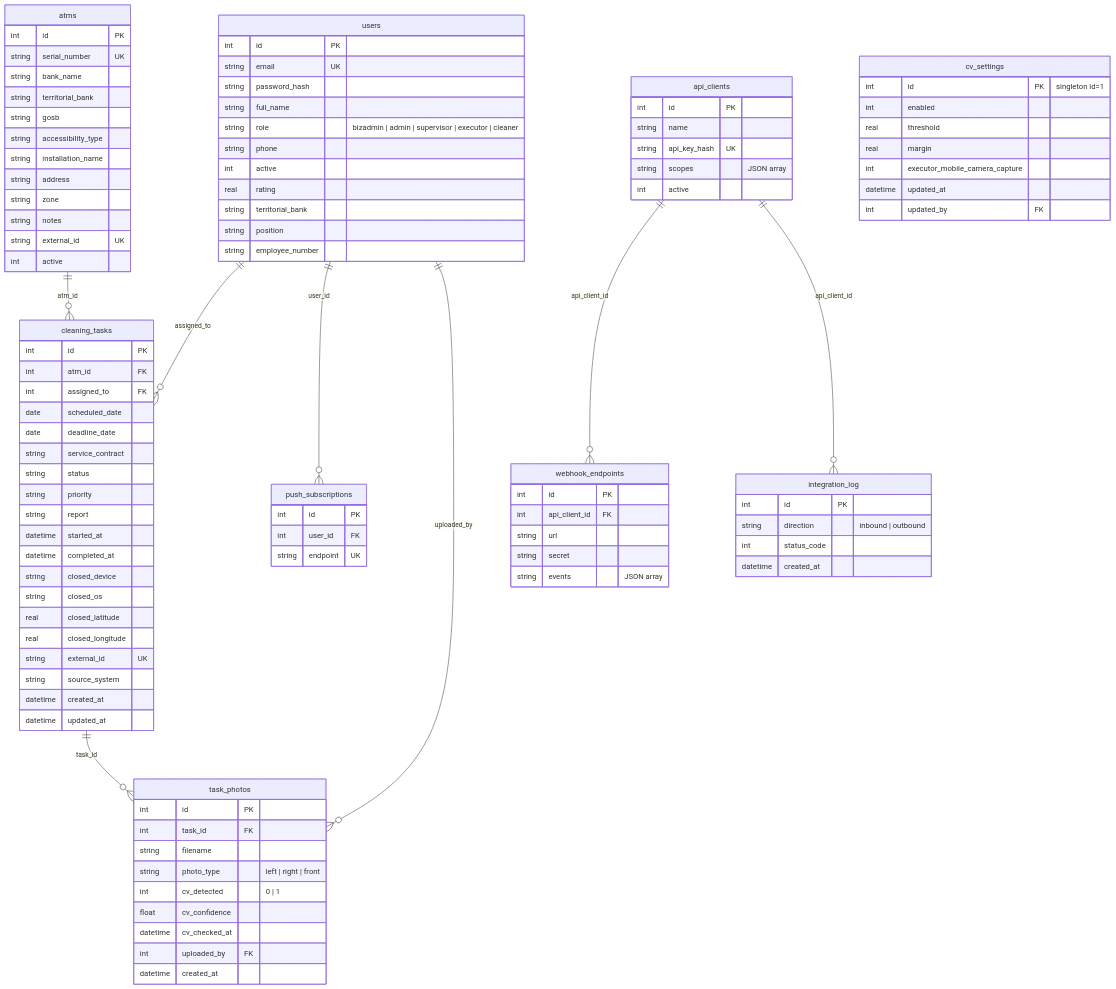
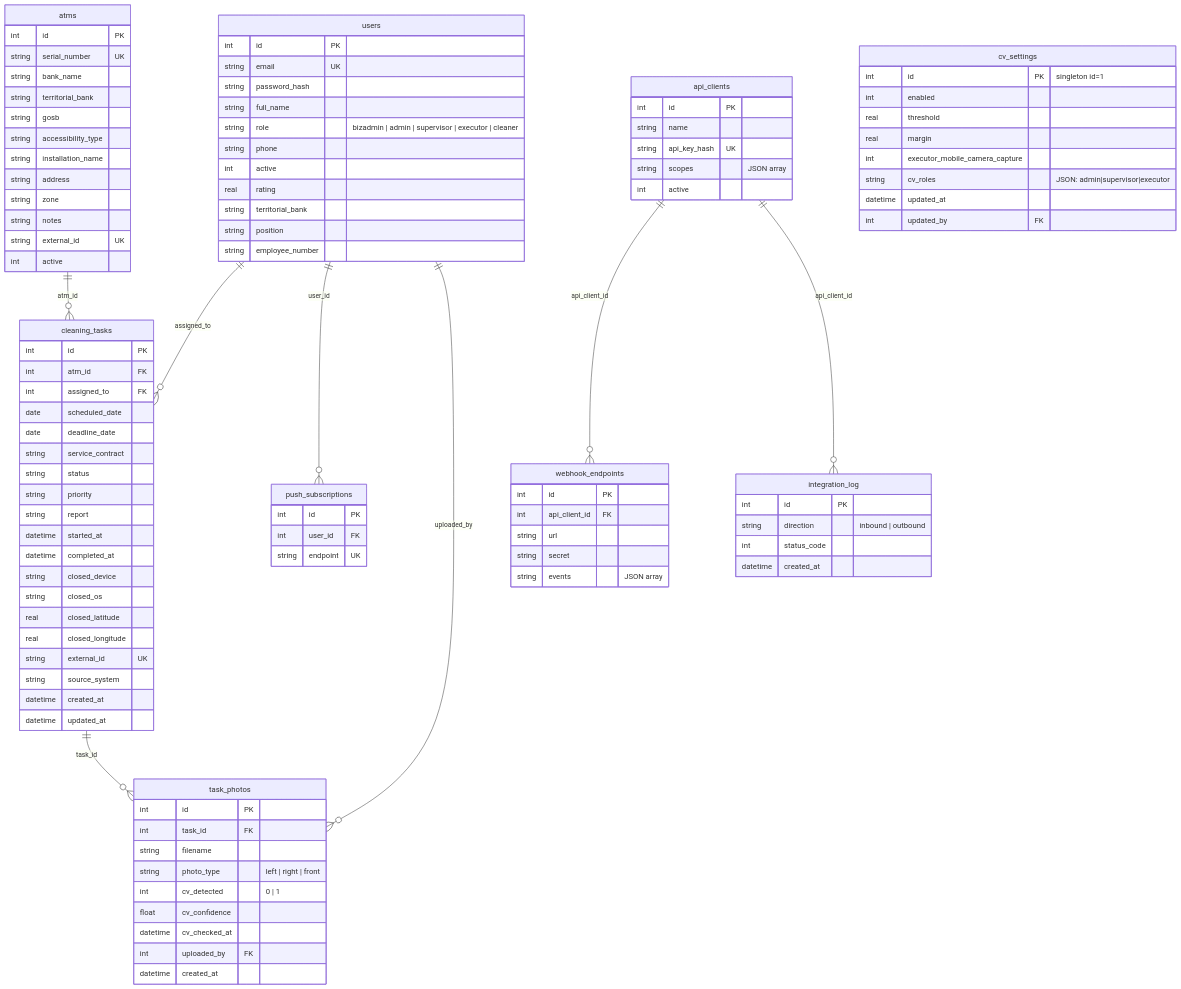
Before and after one commit to DjSurfTSI/control-app: the second of 12 diagrams in ARCHITECTURE.md, drawn with Mermaid. The commit also changed other lines of this file and 12 other files, not shown here.

```diff
--- a/ARCHITECTURE.md
+++ b/ARCHITECTURE.md
@@ -258,6 +258,7 @@
         real threshold
         real margin
         int executor_mobile_camera_capture
+        string cv_roles "JSON: admin|supervisor|executor"
         datetime updated_at
         int updated_by FK
     }
```
